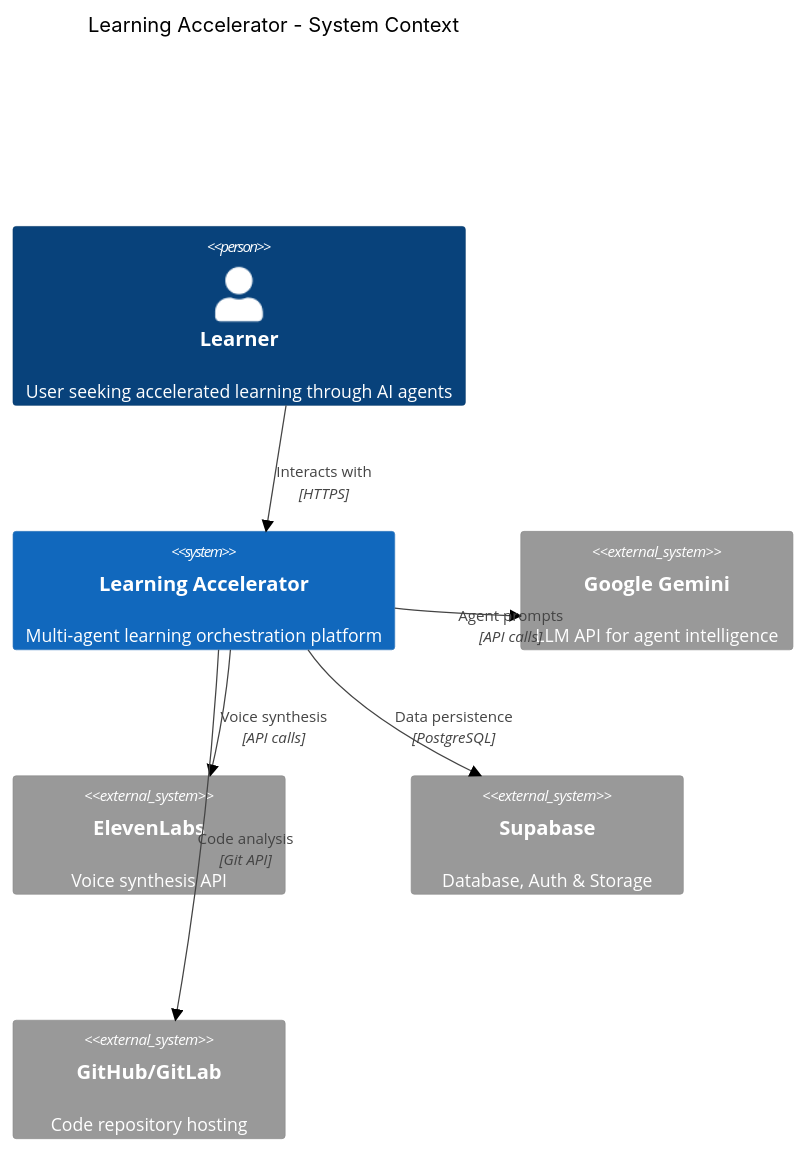
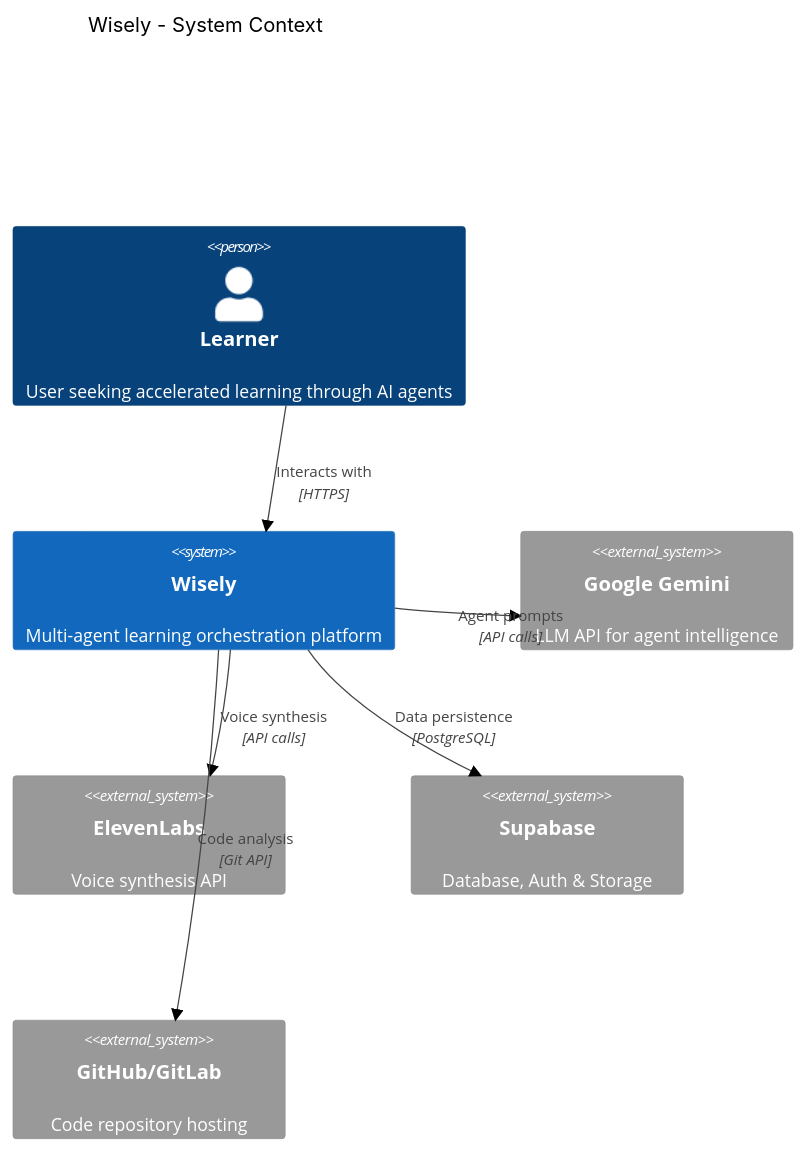
One commit to Geddydukes/LearningAccelerator changed the first of 3 diagrams in docs/architecture.md. Above: the diagram before and after it, drawn with Mermaid (neutral theme). The commit also changed other lines of this file and 46 other files, not shown here.

First line of the commit message:
refactor: Replace all references to 'Learning Accelerator' with 'Wisely'

````diff
--- a/docs/architecture.md
+++ b/docs/architecture.md
@@ -5,19 +5,19 @@
 ```mermaid
 C4Context
-    title Learning Accelerator - System Context
+    title Wisely - System Context
 
     Person(learner, "Learner", "User seeking accelerated learning through AI agents")
     
-    System(la, "Learning Accelerator", "Multi-agent learning orchestration platform")
+    System(la, "Wisely", "Multi-agent learning orchestration platform")
     
     System_Ext(gemini, "Google Gemini", "LLM API for agent intelligence")
     System_Ext(elevenlabs, "ElevenLabs", "Voice synthesis API")
     System_Ext(supabase, "Supabase", "Database, Auth & Storage")
     System_Ext(github, "GitHub/GitLab", "Code repository hosting")
     
     Rel(learner, la, "Interacts with", "HTTPS")
     Rel(la, gemini, "Agent prompts", "API calls")
     Rel(la, elevenlabs, "Voice synthesis", "API calls")
     Rel(la, supabase, "Data persistence", "PostgreSQL")
     Rel(la, github, "Code analysis", "Git API")
 ```
````
